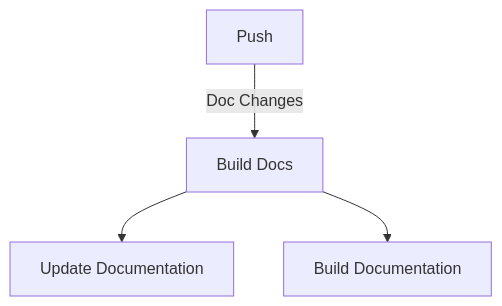
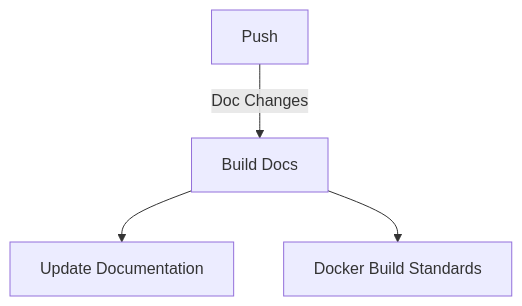
One commit to zepfu/repo-standards changed the sixth of 8 diagrams in docs/auto/ARCHITECTURE_AUTO.md. Above: the diagram before and after it, drawn with Mermaid. The commit also changed other lines of this file and 2 other files, not shown here.

Commit message:
docs: auto-update documentation

````diff
--- a/docs/auto/ARCHITECTURE_AUTO.md
+++ b/docs/auto/ARCHITECTURE_AUTO.md
@@ -103,7 +113,7 @@
 ```mermaid
 flowchart TD
 
     Push -->|Doc Changes| Docs[Build Docs]
     Docs --> update_docs[Update Documentation]
-    Docs --> build_docs[Build Documentation]
+    Docs --> reusable_docker_build[Docker Build Standards]
 ```
````
